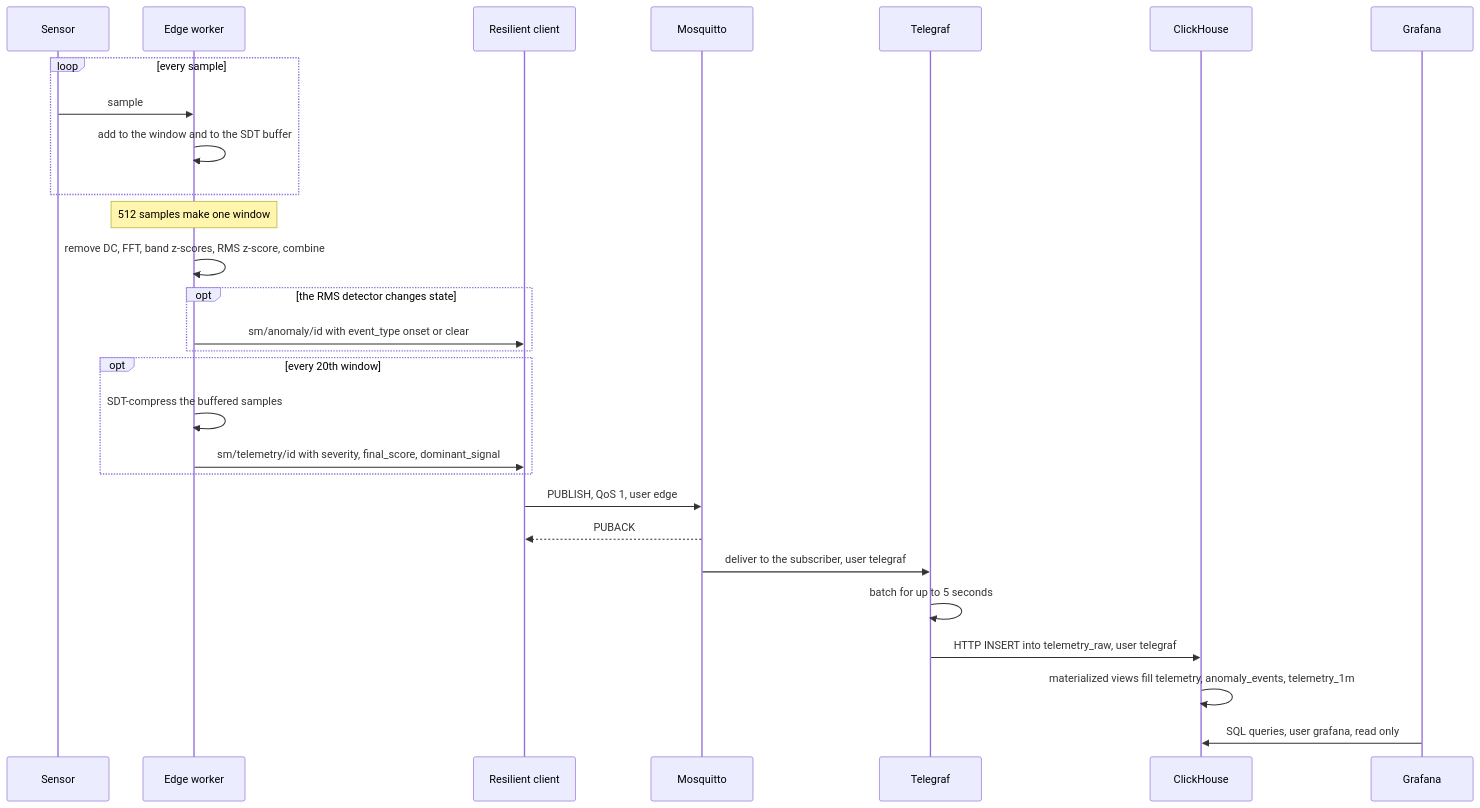
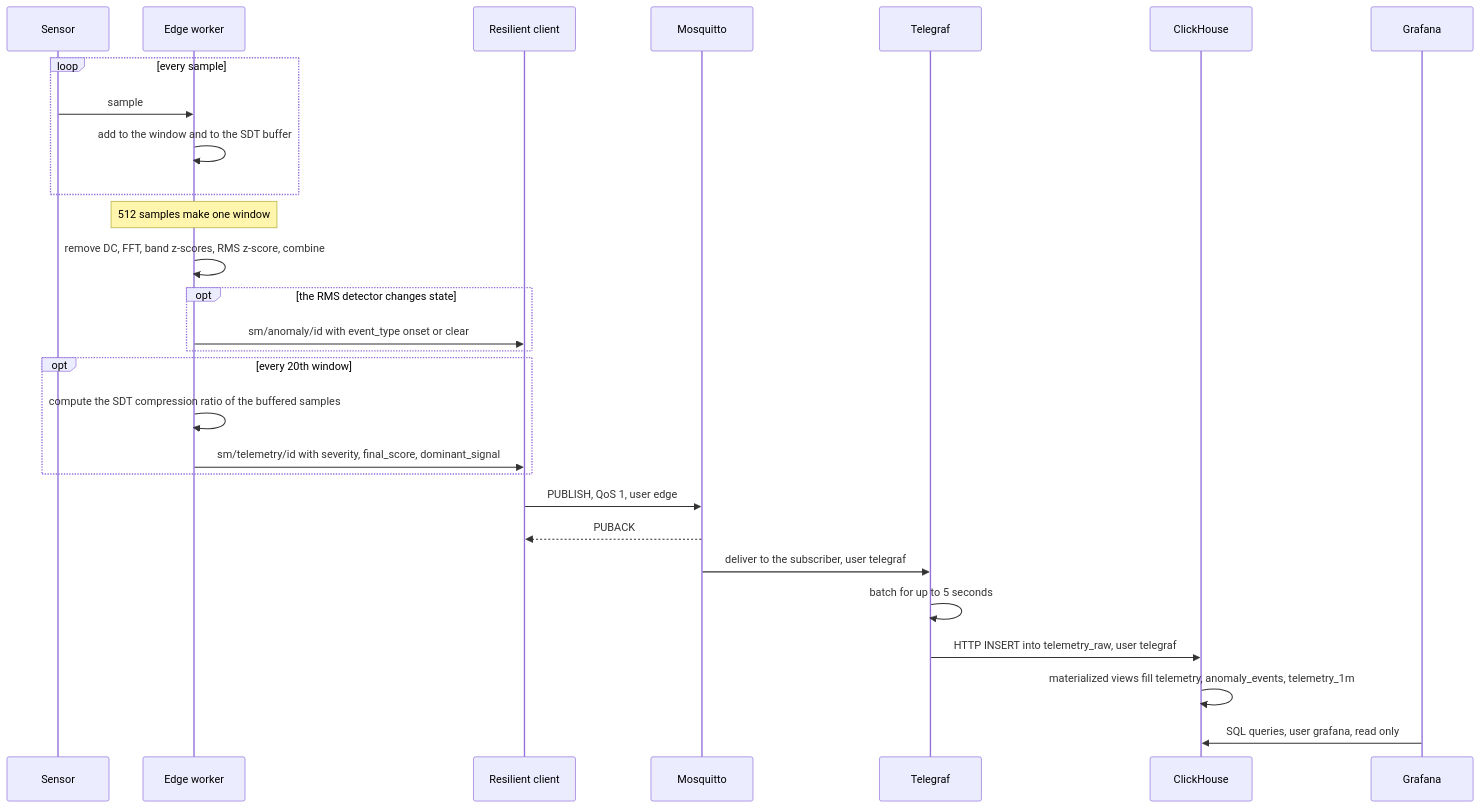
One commit to casablanque-code/avenge changed the seventh of 8 diagrams in docs/ARCHITECTURE.md. Above: the diagram before and after it, drawn with Mermaid. The commit also changed other lines of this file and 19 other files, not shown here.

````diff
--- a/docs/ARCHITECTURE.md
+++ b/docs/ARCHITECTURE.md
@@ -224,31 +226,31 @@
 ```mermaid
 sequenceDiagram
     participant S as Sensor
     participant E as Edge worker
     participant R as Resilient client
     participant B as Mosquitto
     participant T as Telegraf
     participant K as ClickHouse
     participant G as Grafana
 
     loop every sample
         S->>E: sample
         E->>E: add to the window and to the SDT buffer
     end
     Note over E: 512 samples make one window
     E->>E: remove DC, FFT, band z-scores, RMS z-score, combine
     opt the RMS detector changes state
         E->>R: sm/anomaly/id with event_type onset or clear
     end
     opt every 20th window
-        E->>E: SDT-compress the buffered samples
+        E->>E: compute the SDT compression ratio of the buffered samples
         E->>R: sm/telemetry/id with severity, final_score, dominant_signal
     end
     R->>B: PUBLISH, QoS 1, user edge
     B-->>R: PUBACK
     B->>T: deliver to the subscriber, user telegraf
     T->>T: batch for up to 5 seconds
     T->>K: HTTP INSERT into telemetry_raw, user telegraf
     K->>K: materialized views fill telemetry, anomaly_events, telemetry_1m
     G->>K: SQL queries, user grafana, read only
 ```
````
